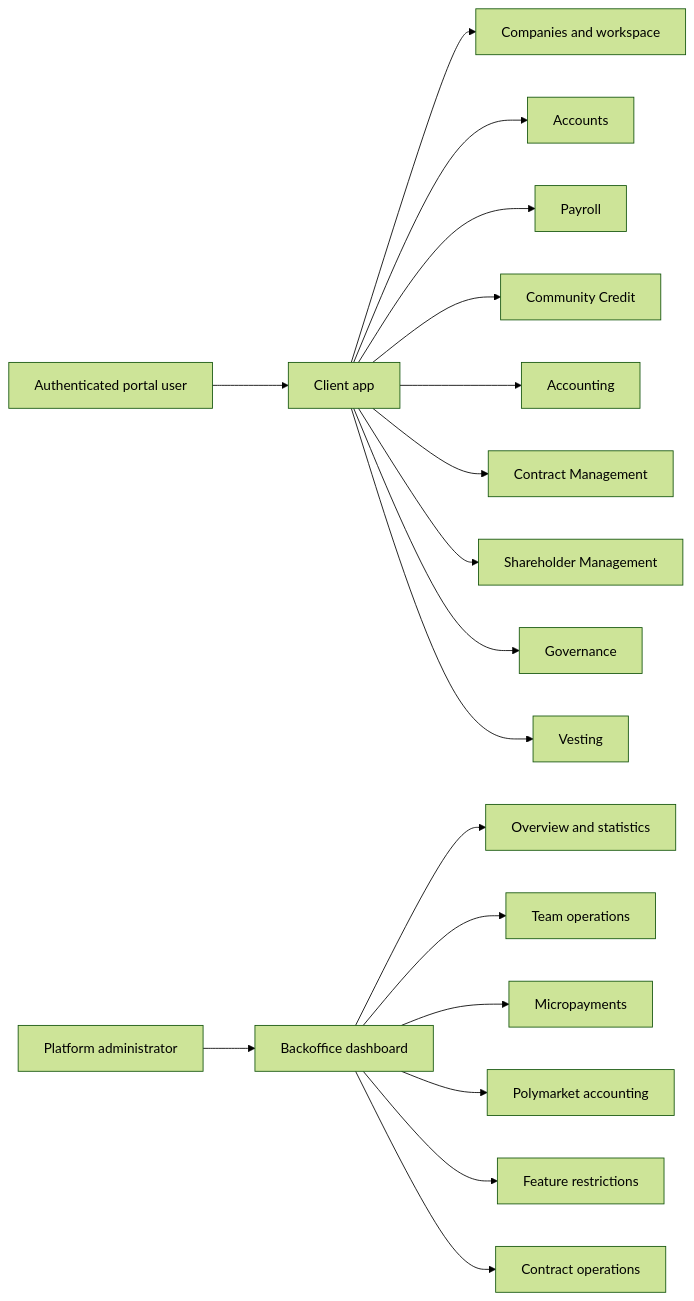
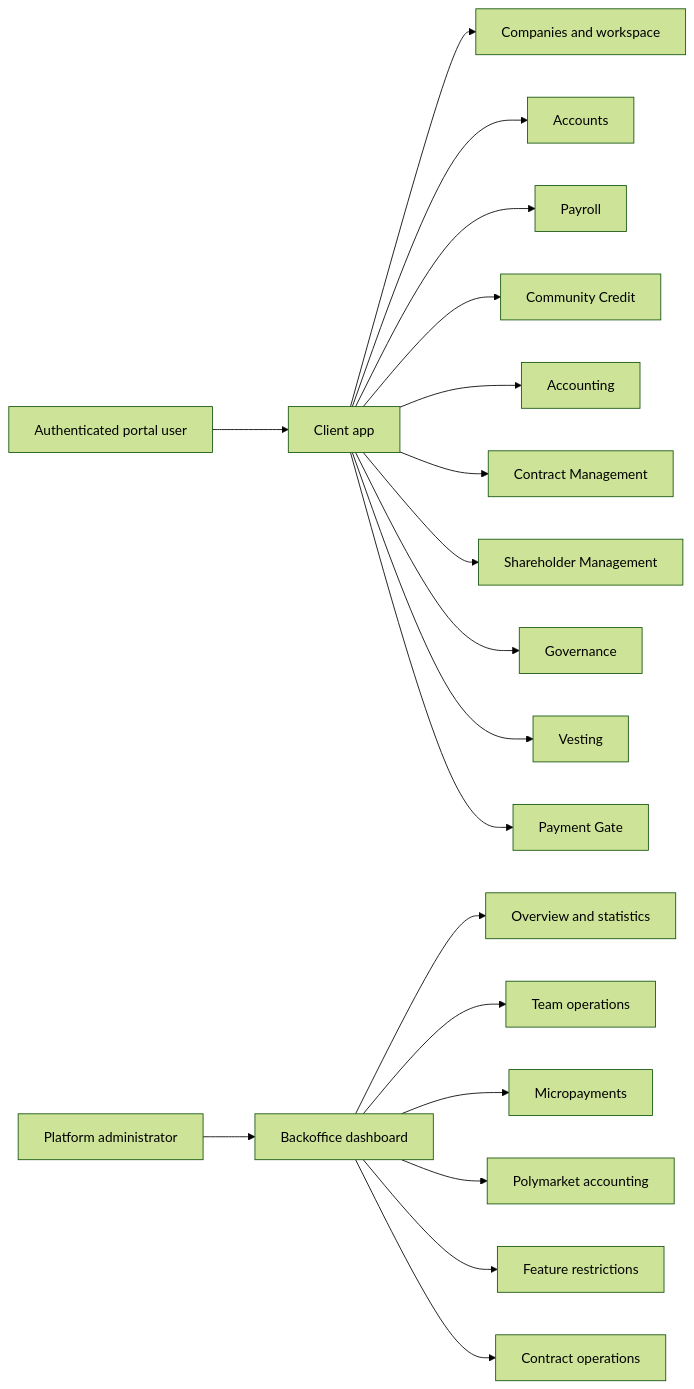
Before and after one commit to globe-and-citizen/cnc-portal: the diagram in docs/features/README.md, drawn with Mermaid (forest theme). The commit also changed other lines of this file and 7 other files, not shown here.

First line of the commit message:
docs: 📝 satisfy documentation freshness for the Payment Gate feature

````diff
--- a/docs/features/README.md
+++ b/docs/features/README.md
@@ -14,22 +14,23 @@
 ```mermaid
 flowchart LR
   user[Authenticated portal user] --> app[Client app]
   admin[Platform administrator] --> backoffice[Backoffice dashboard]
 
   app --> companies[Companies and workspace]
   app --> accounts[Accounts]
   app --> payroll[Payroll]
   app --> credit[Community Credit]
   app --> accounting[Accounting]
   app --> contracts[Contract Management]
   app --> shareholderManagement[Shareholder Management]
   app --> governance[Governance]
   app --> vesting[Vesting]
+  app --> paymentGate[Payment Gate]
 
   backoffice --> overview[Overview and statistics]
   backoffice --> teams[Team operations]
   backoffice --> fees[Micropayments]
   backoffice --> polymarket[Polymarket accounting]
   backoffice --> restrictions[Feature restrictions]
   backoffice --> contractOps[Contract operations]
 ```
````
